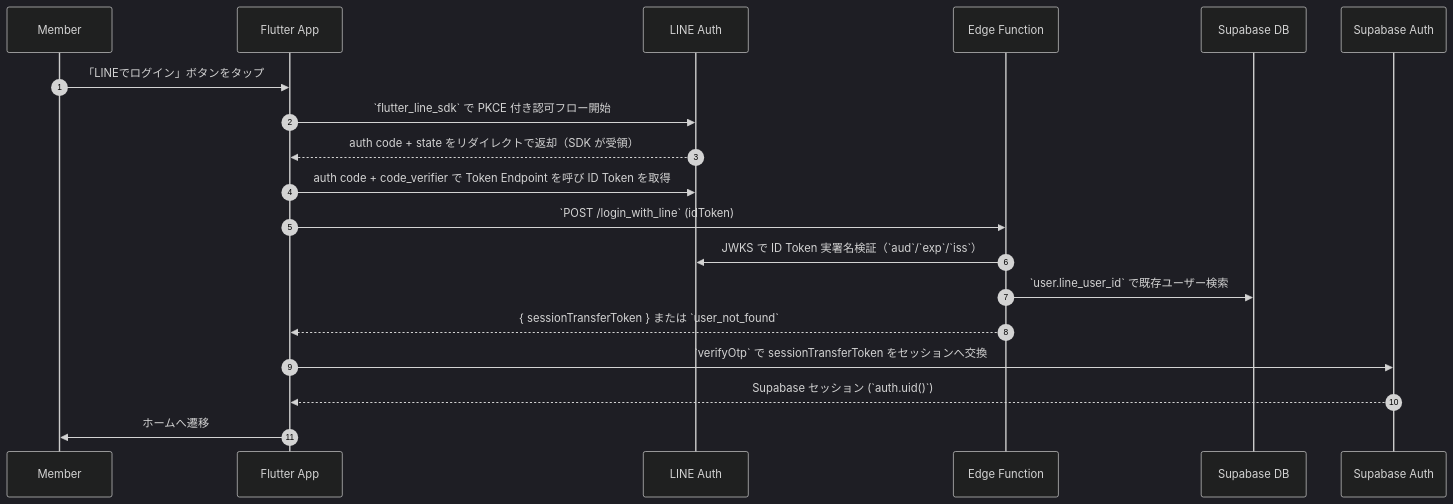
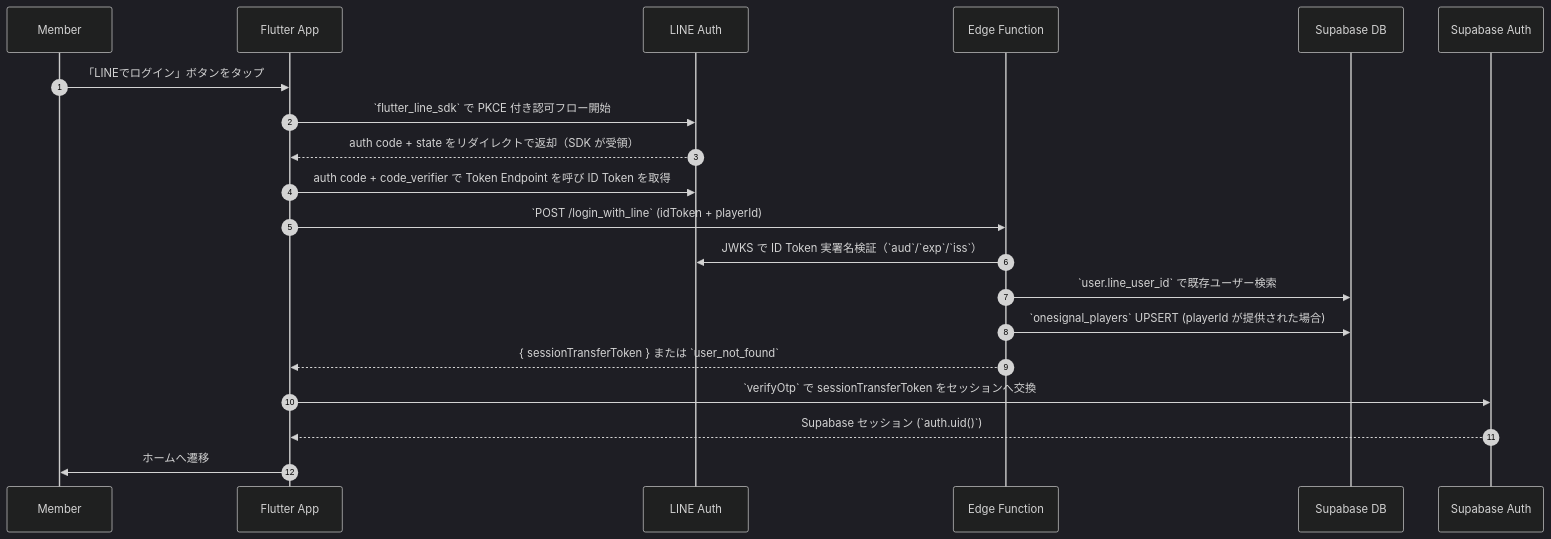
One commit to kerokerotur/banars-app changed the diagram in docs/DESIGN_DOCS/auth/line_login.md. Above: the diagram before and after it, drawn with Mermaid (dark theme). The commit also changed other lines of this file and 4 other files, not shown here.

````diff
--- a/docs/DESIGN_DOCS/auth/line_login.md
+++ b/docs/DESIGN_DOCS/auth/line_login.md
@@ -4,22 +4,23 @@
 ```mermaid
 sequenceDiagram
     autonumber
     participant Member
     participant App as Flutter App
     participant LINE as LINE Auth
     participant Edge as Edge Function
     participant DB as Supabase DB
     participant Supabase as Supabase Auth
 
     Member->>App: 「LINEでログイン」ボタンをタップ
     App->>LINE: `flutter_line_sdk` で PKCE 付き認可フロー開始
     LINE-->>App: auth code + state をリダイレクトで返却（SDK が受領）
     App->>LINE: auth code + code_verifier で Token Endpoint を呼び ID Token を取得
-    App->>Edge: `POST /login_with_line` (idToken)
+    App->>Edge: `POST /login_with_line` (idToken + playerId)
     Edge->>LINE: JWKS で ID Token 実署名検証（`aud`/`exp`/`iss`）
     Edge->>DB: `user.line_user_id` で既存ユーザー検索
+    Edge->>DB: `onesignal_players` UPSERT (playerId が提供された場合)
     Edge-->>App: { sessionTransferToken } または `user_not_found`
     App->>Supabase: `verifyOtp` で sessionTransferToken をセッションへ交換
     Supabase-->>App: Supabase セッション (`auth.uid()`)
     App->>Member: ホームへ遷移
 ```
````
